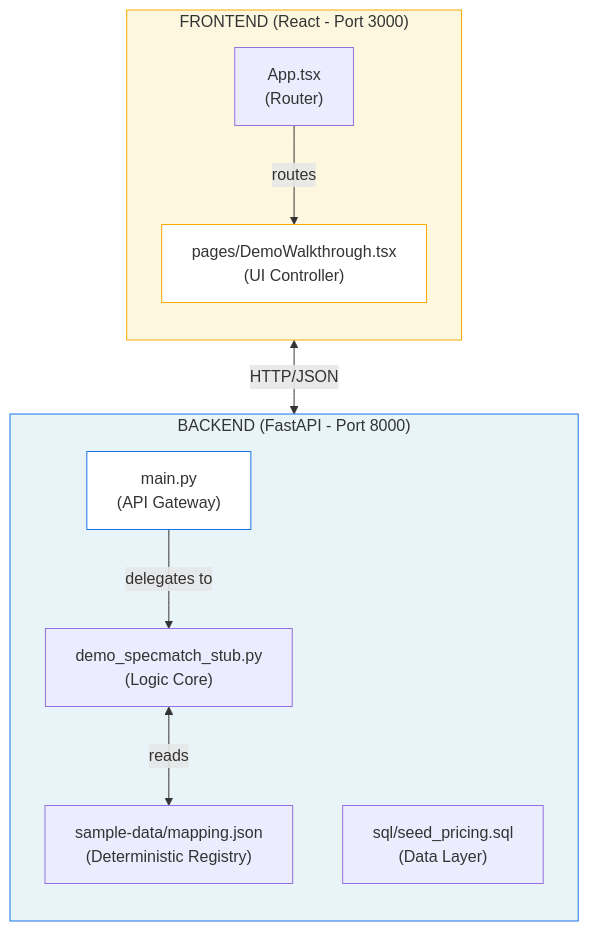
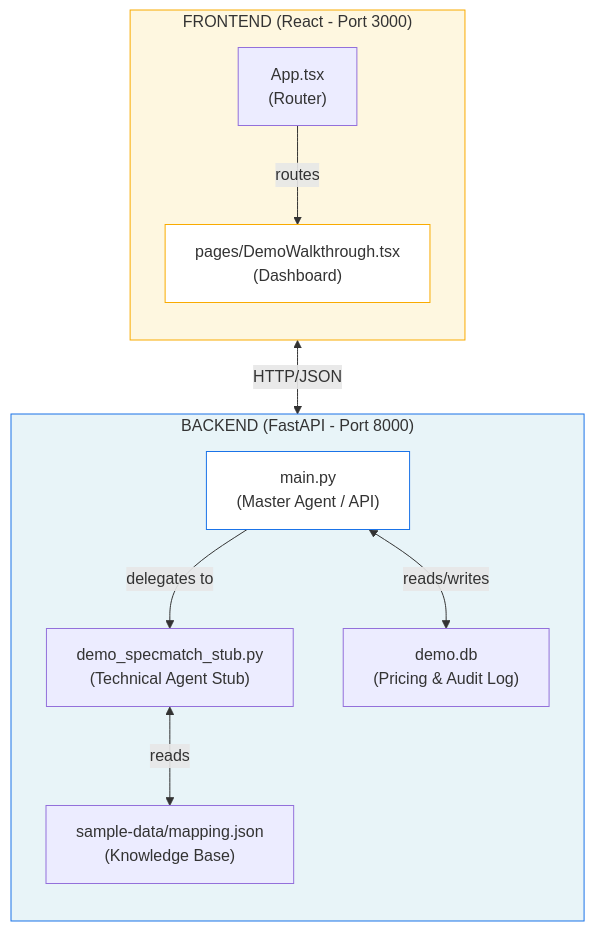
One commit to ak8057/specmatch-ai-hub changed the second of 2 diagrams in CONTEXT.md. Above: the diagram before and after it, drawn with Mermaid. The commit also changed other lines of this file, not shown here.

````diff
--- a/CONTEXT.md
+++ b/CONTEXT.md
@@ -37,28 +88,29 @@
 ```mermaid
 flowchart TB
     subgraph BACKEND["BACKEND (FastAPI - Port 8000)"]
         direction TB
-        api["main.py<br/>(API Gateway)"]
-        stub["demo_specmatch_stub.py<br/>(Logic Core)"]
-        db["sql/seed_pricing.sql<br/>(Data Layer)"]
-        mapping["sample-data/mapping.json<br/>(Deterministic Registry)"]
+        api["main.py<br/>(Master Agent / API)"]
+        stub["demo_specmatch_stub.py<br/>(Technical Agent Stub)"]
+        db["demo.db<br/>(Pricing & Audit Log)"]
+        mapping["sample-data/mapping.json<br/>(Knowledge Base)"]
         
         api -->|"delegates to"| stub
         stub <-->|"reads"| mapping
+        api <-->|"reads/writes"| db
     end
     
     subgraph FRONTEND["FRONTEND (React - Port 3000)"]
         direction TB
         app["App.tsx<br/>(Router)"]
-        demo["pages/DemoWalkthrough.tsx<br/>(UI Controller)"]
+        demo["pages/DemoWalkthrough.tsx<br/>(Dashboard)"]
         
         app -->|"routes"| demo
     end
     
     demo <-->|"HTTP/JSON"| api
     
     style BACKEND fill:#e8f4f8,stroke:#1a73e8
     style FRONTEND fill:#fef7e0,stroke:#f9ab00
     style api fill:#fff,stroke:#1a73e8
     style demo fill:#fff,stroke:#f9ab00
 ```
````
